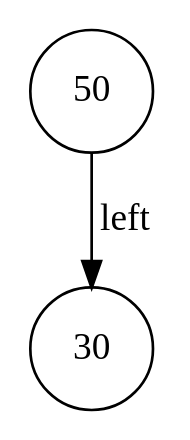
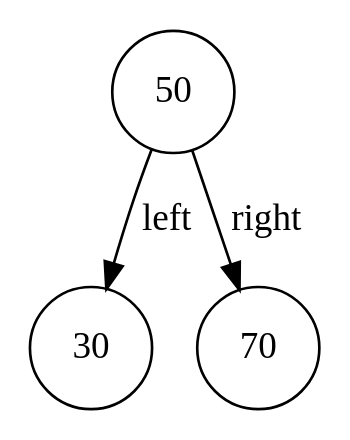
The diagram in tree/bst/bst_visual_log/bst_1.dot (fl4cko11/Huawei_MIPT), drawn with Graphviz before and after one commit. The commit also changed 17 other files, not shown here.

```diff
--- a/tree/bst/bst_visual_log/bst_1.dot
+++ b/tree/bst/bst_visual_log/bst_1.dot
@@ -1,4 +1,5 @@
 digraph BST {
     node [shape=circle];
     50 -> 30 [label="left"];
+    50 -> 70 [label="right"];
 }
```
